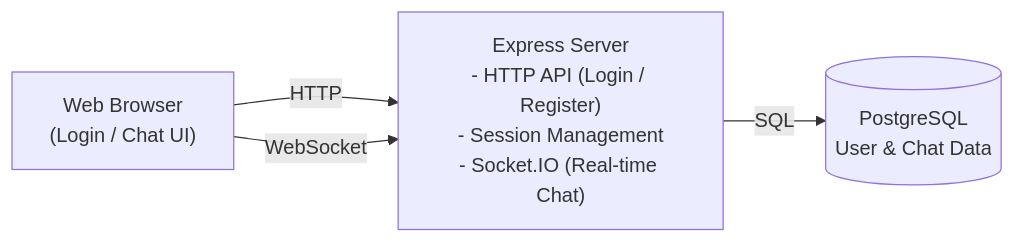
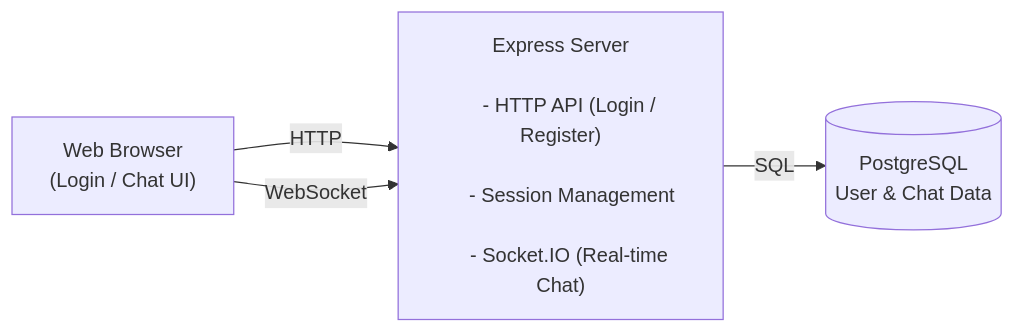
Before and after one commit to sngmng6506/Chatting-Program: the diagram in README.md, drawn with Mermaid.

````diff
--- a/README.md
+++ b/README.md
@@ -14,13 +14,17 @@
 ```mermaid
 graph LR
-    Client["Web Browser\n(Login / Chat UI)"]
+    Client["Web Browser<br/>(Login / Chat UI)"]
 
-    Server["Express Server\n- HTTP API (Login / Register)\n- Session Management\n- Socket.IO (Real-time Chat)"]
+    Server["Express Server<br/>
+    - HTTP API (Login / Register)<br/>
+    - Session Management<br/>
+    - Socket.IO (Real-time Chat)"]
 
-    DB[(PostgreSQL\nUser & Chat Data)]
+    DB[(PostgreSQL<br/>User & Chat Data)]
 
     Client -- HTTP --> Server
     Client -- WebSocket --> Server
     Server -- SQL --> DB
 
+
 ```
````
